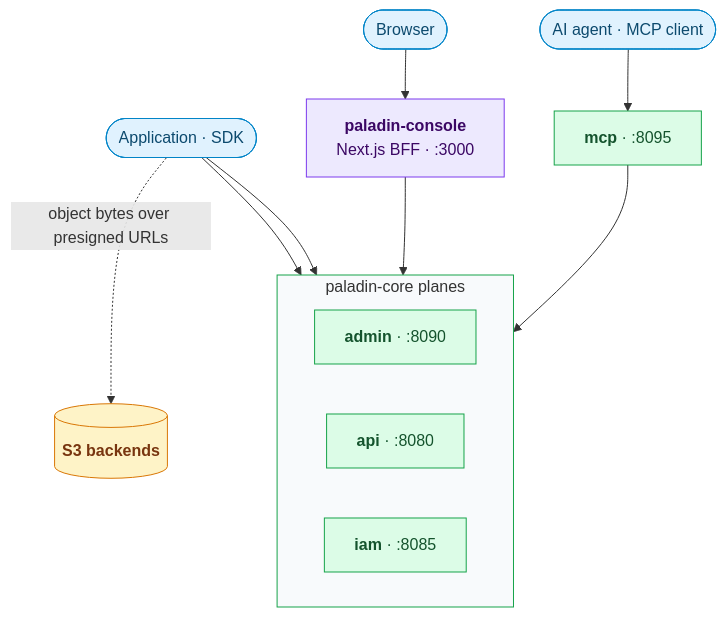
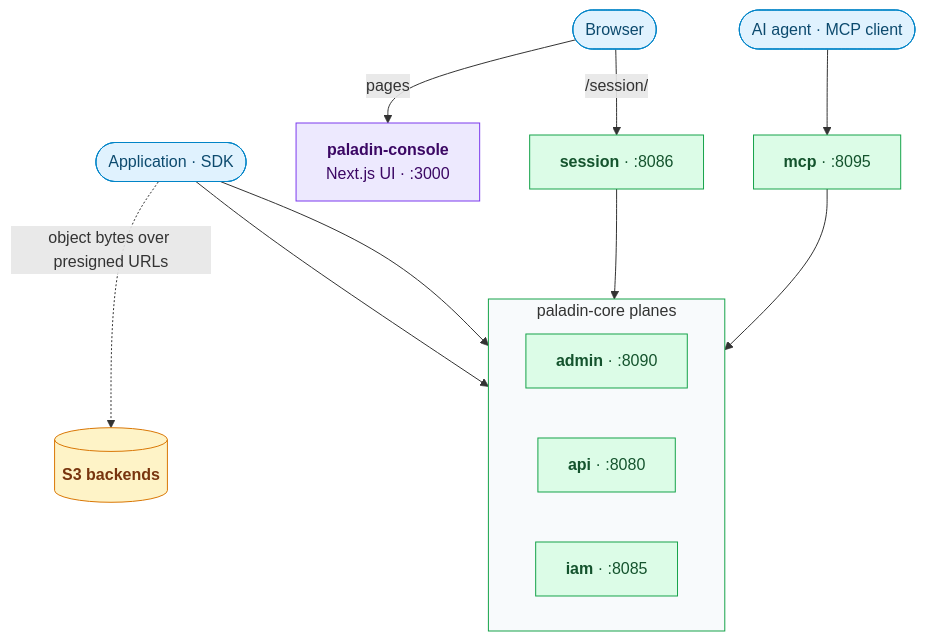
Before and after one commit to oleg-tkachuk/paladin: the first of 3 diagrams in ARCHITECTURE.md, drawn with Mermaid. The commit also changed other lines of this file and 10 other files, not shown here.

Commit message:
docs: describe the console and its session role without the BFF

````diff
--- a/ARCHITECTURE.md
+++ b/ARCHITECTURE.md
@@ -25,37 +25,39 @@
 ```mermaid
 flowchart TB
     browser(["Browser"])
     agent(["AI agent · MCP client"])
     app(["Application · SDK"])
 
-    bff["<b>paladin-console</b><br/>Next.js BFF · :3000"]
+    console["<b>paladin-console</b><br/>Next.js UI · :3000"]
+    session["<b>session</b> · :8086"]
     mcp["<b>mcp</b> · :8095"]
 
     subgraph planes ["paladin-core planes"]
         direction LR
         admin["<b>admin</b> · :8090"]
         api["<b>api</b> · :8080"]
         iam["<b>iam</b> · :8085"]
     end
 
     s3[("<b>S3 backends</b>")]
 
-    browser --> bff
+    browser -- "pages" --> console
+    browser -- "/session/" --> session
     agent --> mcp
-    bff --> planes
+    session --> planes
     mcp --> planes
     app --> api & iam
     app -. "object bytes over presigned URLs" .-> s3
 
     classDef client fill:#E0F2FE,stroke:#0284C7,color:#0C4A6E
     classDef ui fill:#EDE9FE,stroke:#7C3AED,color:#3B0764
     classDef role fill:#DCFCE7,stroke:#16A34A,color:#14532D
     classDef optional fill:#F1F5F9,stroke:#64748B,color:#334155,stroke-dasharray:5 4
     classDef store fill:#FEF3C7,stroke:#D97706,color:#78350F
     classDef external fill:#FCE7F3,stroke:#DB2777,color:#831843
     class browser,app,agent client
-    class bff ui
-    class api,iam,admin,mcp role
+    class console ui
+    class api,iam,admin,mcp,session role
     class s3 store
     style planes fill:#F8FAFC,stroke:#16A34A
 ```
````
